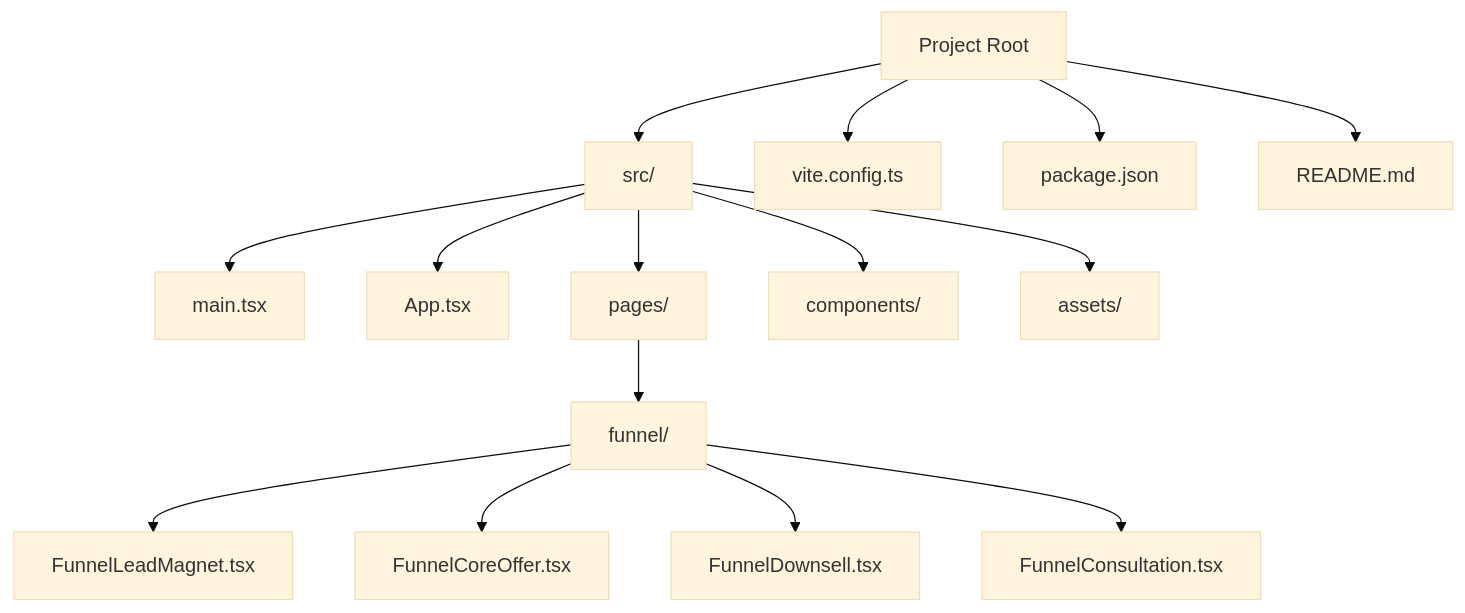
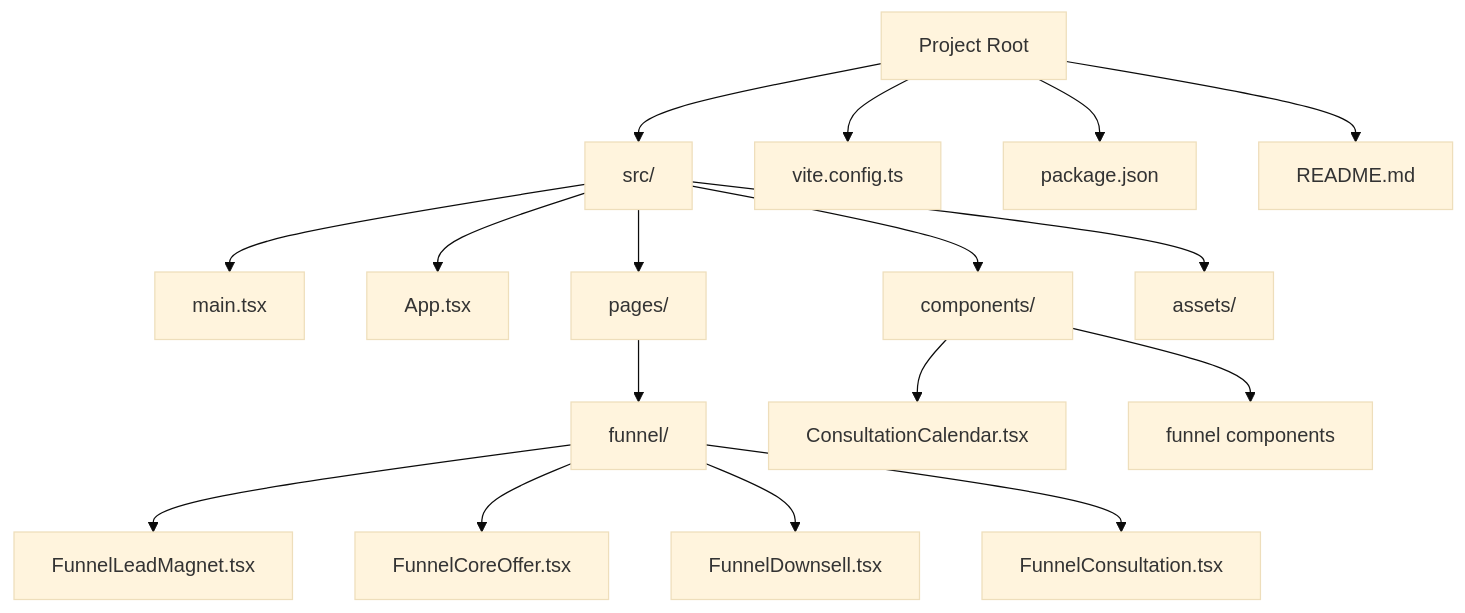
The first of 8 diagrams in .qoder/repowiki/en/content/Sales Funnel Pages.md (Hawky1/ryland), drawn with Mermaid (base theme) before and after one commit. The commit also changed other lines of this file and 5 other files, not shown here.

````diff
--- a/.qoder/repowiki/en/content/Sales Funnel Pages.md
+++ b/.qoder/repowiki/en/content/Sales Funnel Pages.md
@@ -30,17 +44,19 @@
 ```mermaid
 graph TB
 Root["Project Root"] --> Src["src/"]
 Src --> Main["main.tsx"]
 Src --> App["App.tsx"]
 Src --> Pages["pages/"]
 Pages --> Funnel["funnel/"]
 Funnel --> LeadMagnet["FunnelLeadMagnet.tsx"]
 Funnel --> CoreOffer["FunnelCoreOffer.tsx"]
 Funnel --> Downsell["FunnelDownsell.tsx"]
 Funnel --> Consultation["FunnelConsultation.tsx"]
 Src --> Components["components/"]
+Components --> ConsultationCalendar["ConsultationCalendar.tsx"]
+Components --> FunnelComponents["funnel components"]
 Src --> Assets["assets/"]
 Root --> Vite["vite.config.ts"]
 Root --> Pkg["package.json"]
 Root --> Readme["README.md"]
 ```
````
